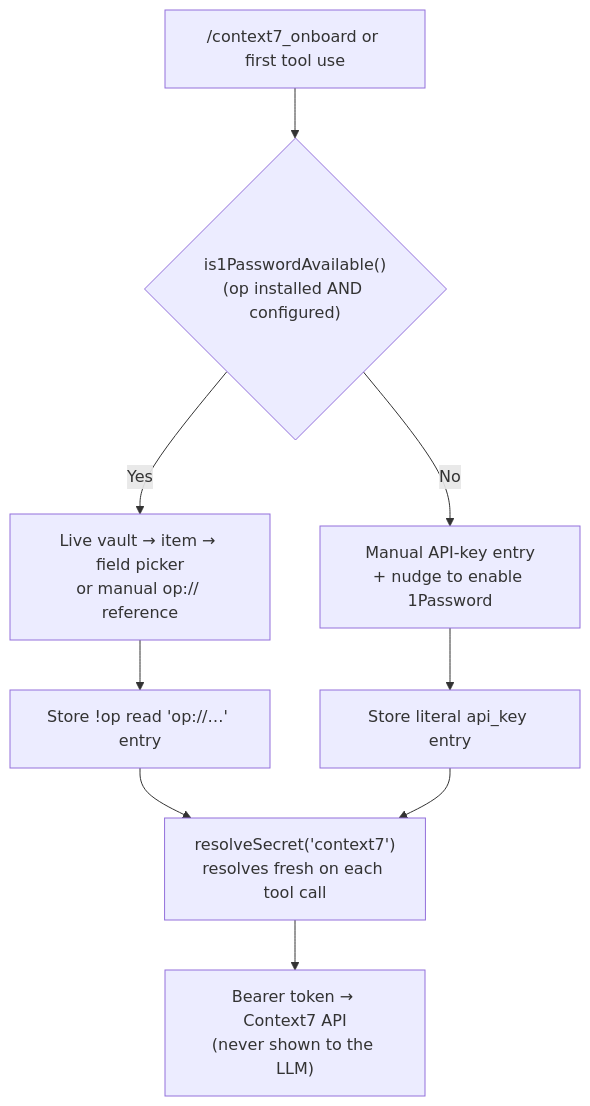
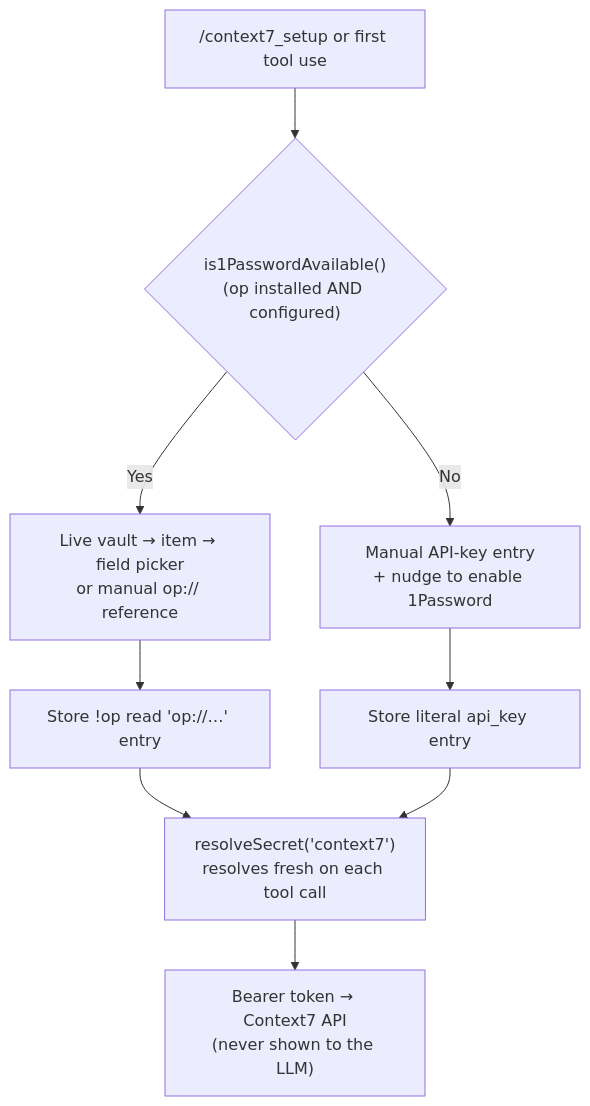
One commit to jmcombs/pi-extensions changed the diagram in packages/context7/README.md. Above: the diagram before and after it, drawn with Mermaid. The commit also changed other lines of this file and 16 other files, not shown here.

````diff
--- a/packages/context7/README.md
+++ b/packages/context7/README.md
@@ -24,11 +24,11 @@
 ```mermaid
 flowchart TD
-    A["/context7_onboard or first tool use"] --> B{"is1PasswordAvailable()<br/>(op installed AND configured)"}
+    A["/context7_setup or first tool use"] --> B{"is1PasswordAvailable()<br/>(op installed AND configured)"}
     B -- "Yes" --> C["Live vault → item → field picker<br/>or manual op:// reference"]
     C --> D["Store !op read 'op://…' entry"]
     B -- "No" --> E["Manual API-key entry<br/>+ nudge to enable 1Password"]
     E --> F["Store literal api_key entry"]
     D --> G["resolveSecret('context7')<br/>resolves fresh on each tool call"]
     F --> G
     G --> H["Bearer token → Context7 API<br/>(never shown to the LLM)"]
 ```
````
